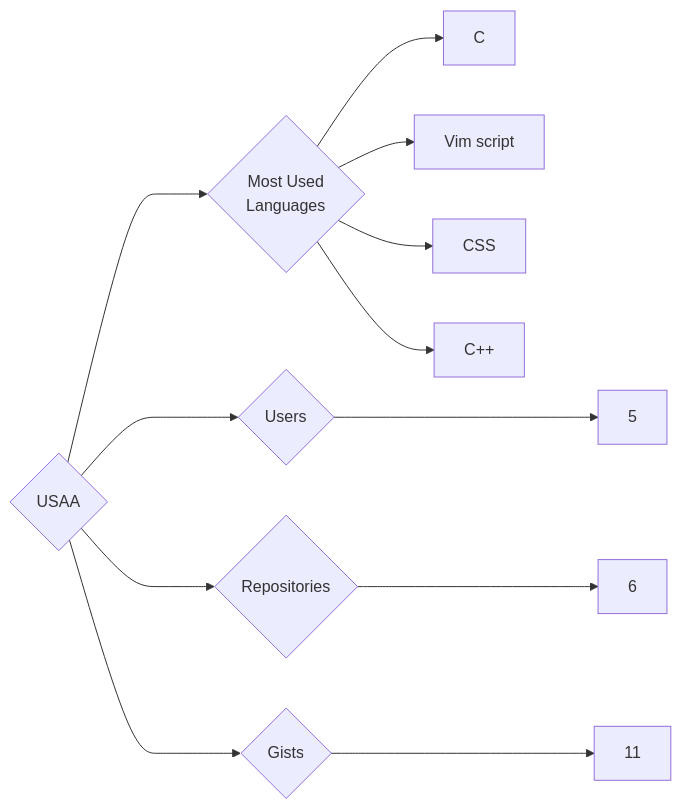
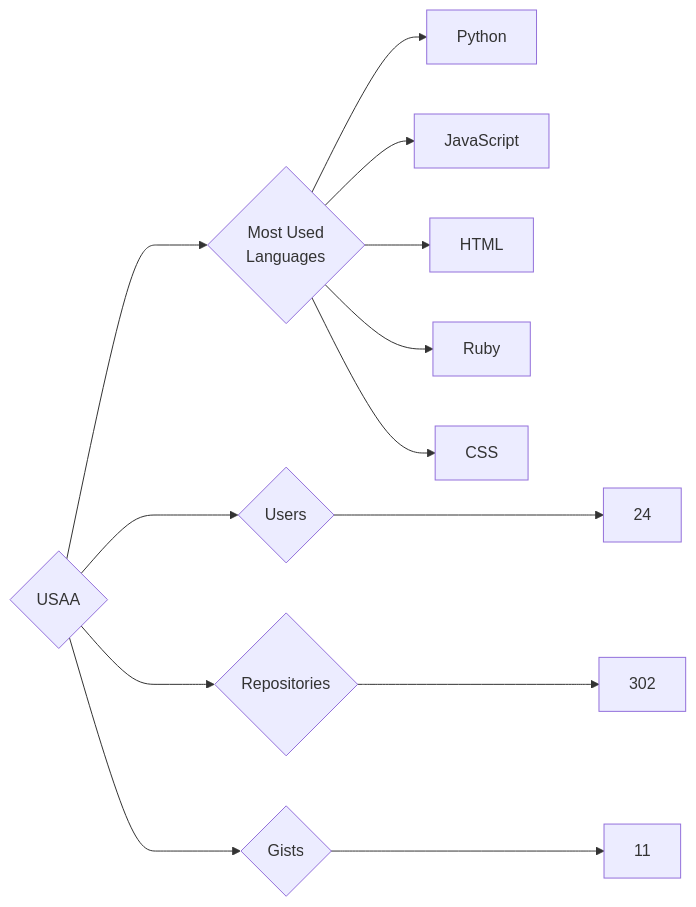
One commit to trickest/insiders changed the diagram in targets/USAA/README.md. Above: the diagram before and after it, drawn with Mermaid. The commit also changed 725 other files, not shown here.

````diff
--- a/targets/USAA/README.md
+++ b/targets/USAA/README.md
@@ -3,12 +3,13 @@
 ```mermaid
 graph LR
 COMPANY_NAME{USAA}
-COMPANY_NAME ---> U{Users} ---> UN[5]
-COMPANY_NAME ---> R{Repositories} ---> RN[6]
+COMPANY_NAME ---> U{Users} ---> UN[24]
+COMPANY_NAME ---> R{Repositories} ---> RN[302]
 COMPANY_NAME ---> G{Gists} ---> GN[11]
 COMPANY_NAME ---> ML{Most Used<br>Languages}
-ML --> C[C]
-ML --> Vim_script[Vim script]
+ML --> Python[Python]
+ML --> JavaScript[JavaScript]
+ML --> HTML[HTML]
+ML --> Ruby[Ruby]
 ML --> CSS[CSS]
-ML --> C++[C++]
 ```
````
